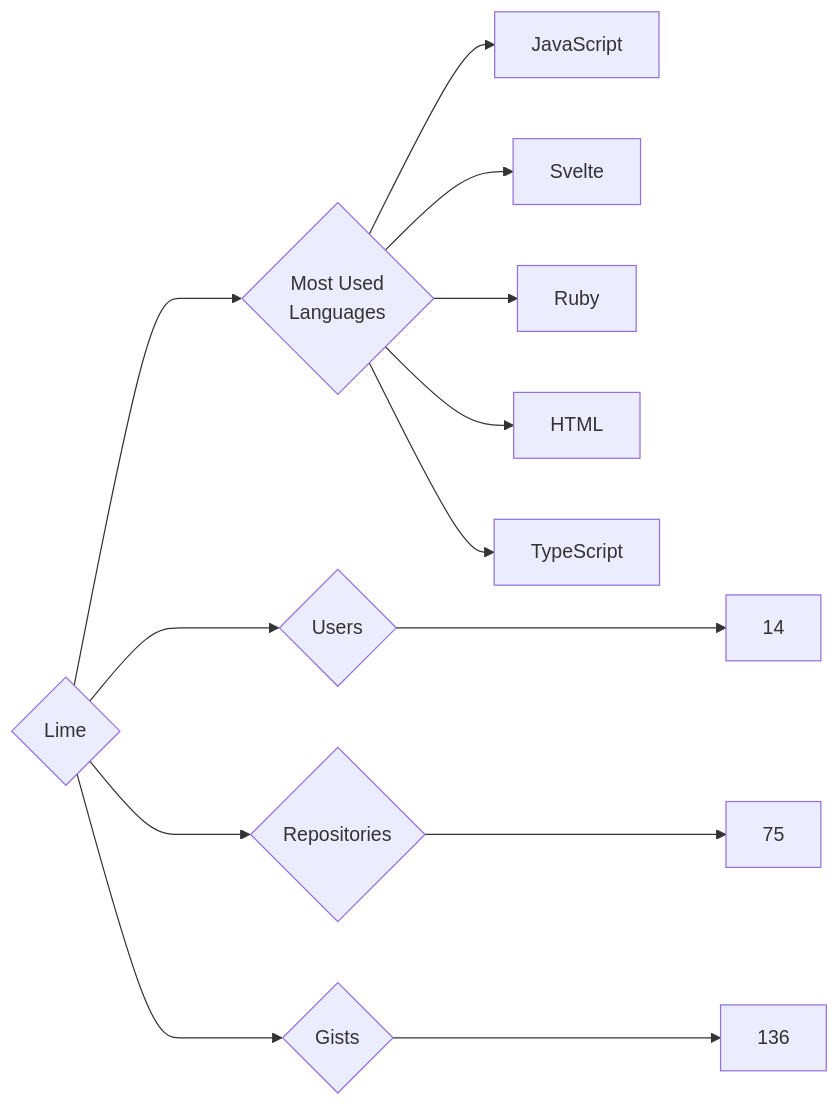
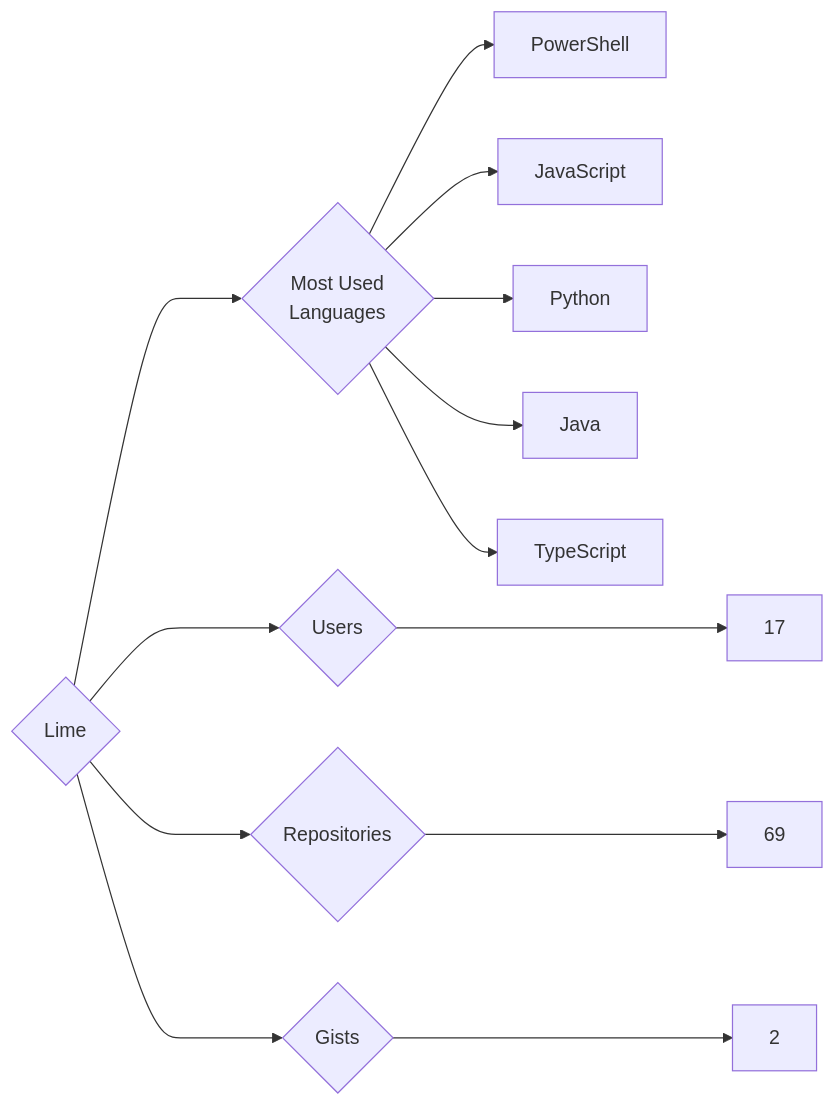
Before and after one commit to trickest/insiders: the diagram in targets/Lime/README.md, drawn with Mermaid. The commit also changed 699 other files, not shown here.

````diff
--- a/targets/Lime/README.md
+++ b/targets/Lime/README.md
@@ -3,13 +3,13 @@
 ```mermaid
 graph LR
 COMPANY_NAME{Lime}
-COMPANY_NAME ---> U{Users} ---> UN[14]
-COMPANY_NAME ---> R{Repositories} ---> RN[75]
-COMPANY_NAME ---> G{Gists} ---> GN[136]
+COMPANY_NAME ---> U{Users} ---> UN[17]
+COMPANY_NAME ---> R{Repositories} ---> RN[69]
+COMPANY_NAME ---> G{Gists} ---> GN[2]
 COMPANY_NAME ---> ML{Most Used<br>Languages}
+ML --> PowerShell[PowerShell]
 ML --> JavaScript[JavaScript]
-ML --> Svelte[Svelte]
-ML --> Ruby[Ruby]
-ML --> HTML[HTML]
+ML --> Python[Python]
+ML --> Java[Java]
 ML --> TypeScript[TypeScript]
 ```
````
